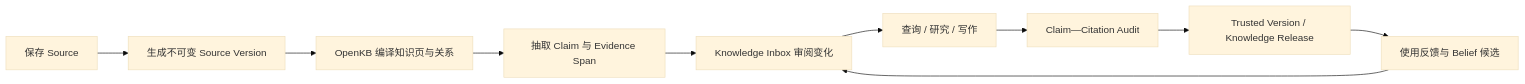
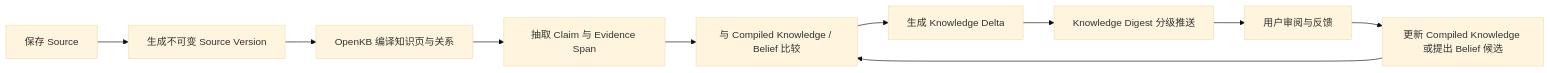
One commit to FlyAIBox/fly-wiki changed the diagram in docs/product/PRD-FlyWiki-一期.md. Above: the diagram before and after it, drawn with Mermaid (base theme). The commit also changed other lines of this file and 15 other files, not shown here.

````diff
--- a/docs/product/PRD-FlyWiki-一期.md
+++ b/docs/product/PRD-FlyWiki-一期.md
@@ -157,12 +150,12 @@
 ```mermaid
 flowchart LR
     A["保存 Source"] --> B["生成不可变 Source Version"]
     B --> C["OpenKB 编译知识页与关系"]
     C --> D["抽取 Claim 与 Evidence Span"]
-    D --> E["Knowledge Inbox 审阅变化"]
-    E --> F["查询 / 研究 / 写作"]
-    F --> G["Claim—Citation Audit"]
-    G --> H["Trusted Version / Knowledge Release"]
-    H --> I["使用反馈与 Belief 候选"]
+    D --> E["与 Compiled Knowledge / Belief 比较"]
+    E --> F["生成 Knowledge Delta"]
+    F --> G["Knowledge Digest 分级推送"]
+    G --> H["用户审阅与反馈"]
+    H --> I["更新 Compiled Knowledge 或提出 Belief 候选"]
     I --> E
 ```
````
